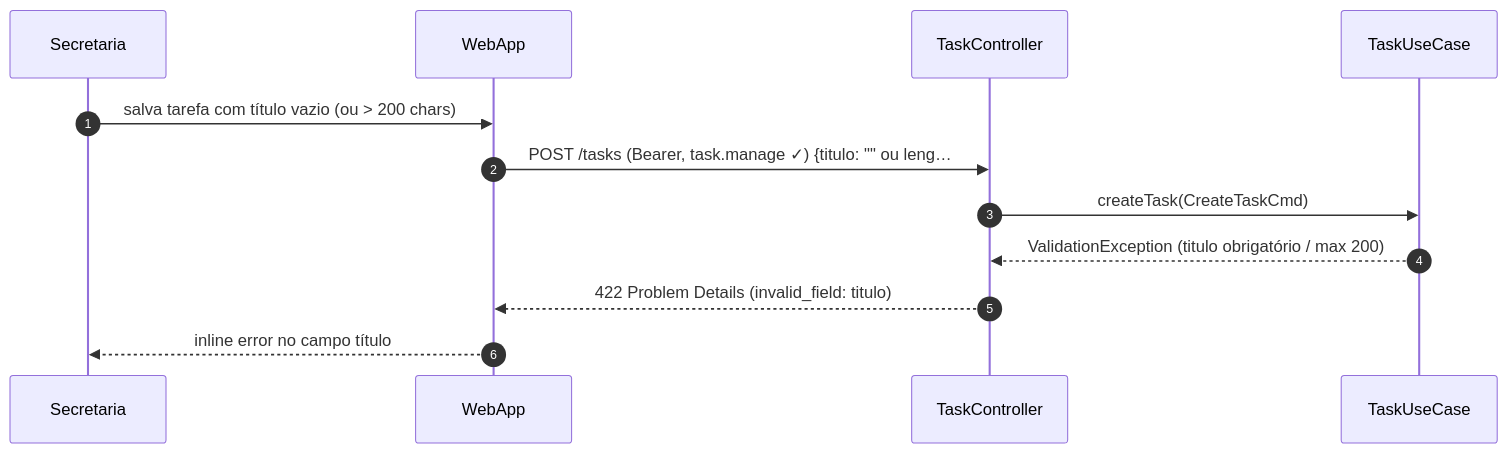
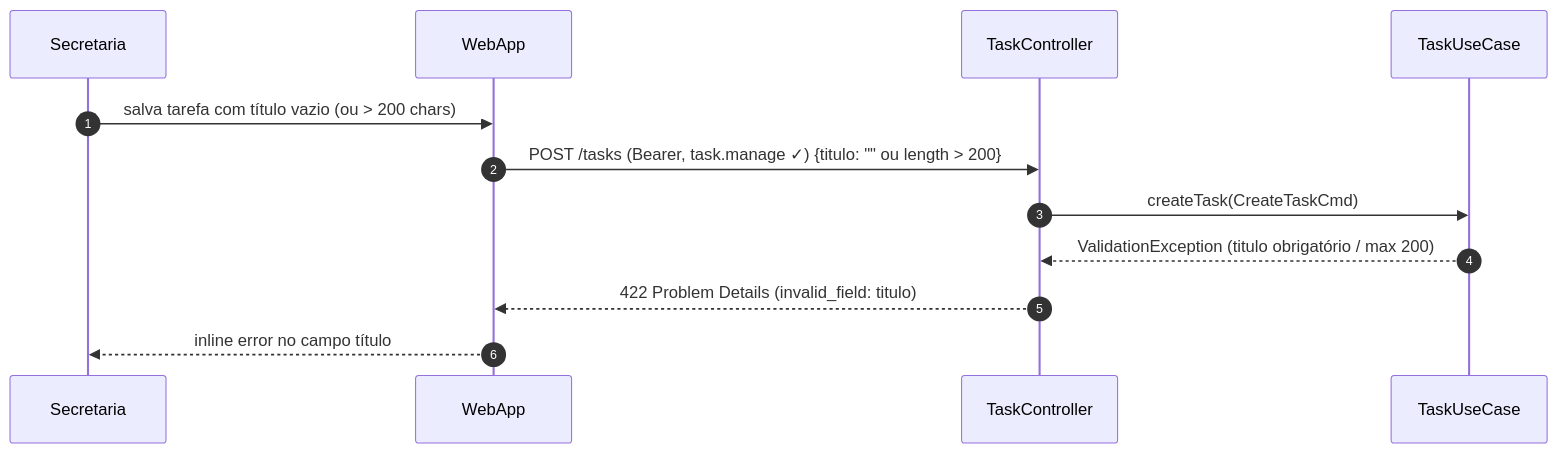
One commit to umishell/secretariaOnline2 changed the seventh of 8 diagrams in foundationDocs/sequenceDiagrams/F5 — Secretaria/US-F5-012-TAREFAS.md. Above: the diagram before and after it, drawn with Mermaid. The commit also changed other lines of this file and 70 other files, not shown here.

First line of the commit message:
Enhance database documentation and introduce new schema files

````diff
--- a/foundationDocs/sequenceDiagrams/F5 — Secretaria/US-F5-012-TAREFAS.md
+++ b/foundationDocs/sequenceDiagrams/F5 — Secretaria/US-F5-012-TAREFAS.md
@@ -247,15 +247,15 @@
 ```mermaid
 sequenceDiagram
     autonumber
     participant Secretaria
     participant WebApp
     participant TaskController
     participant TaskUseCase
 
     Secretaria->>WebApp: salva tarefa com título vazio (ou > 200 chars)
-    WebApp->>TaskController: POST /tasks (Bearer, task.manage ✓) {titulo: "" ou leng…
+    WebApp->>TaskController: POST /tasks (Bearer, task.manage ✓) {titulo: "" ou length > 200}
     TaskController->>TaskUseCase: createTask(CreateTaskCmd)
     TaskUseCase-->>TaskController: ValidationException (titulo obrigatório / max 200)
     TaskController-->>WebApp: 422 Problem Details (invalid_field: titulo)
     WebApp-->>Secretaria: inline error no campo título
 ```
````
